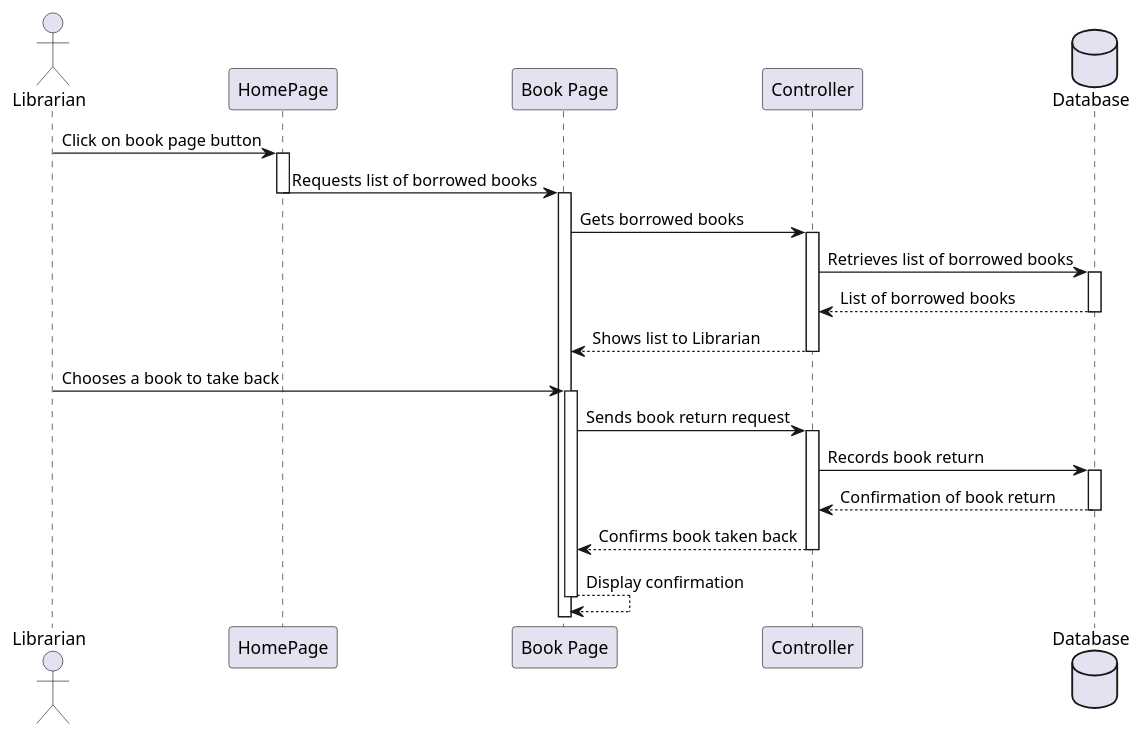
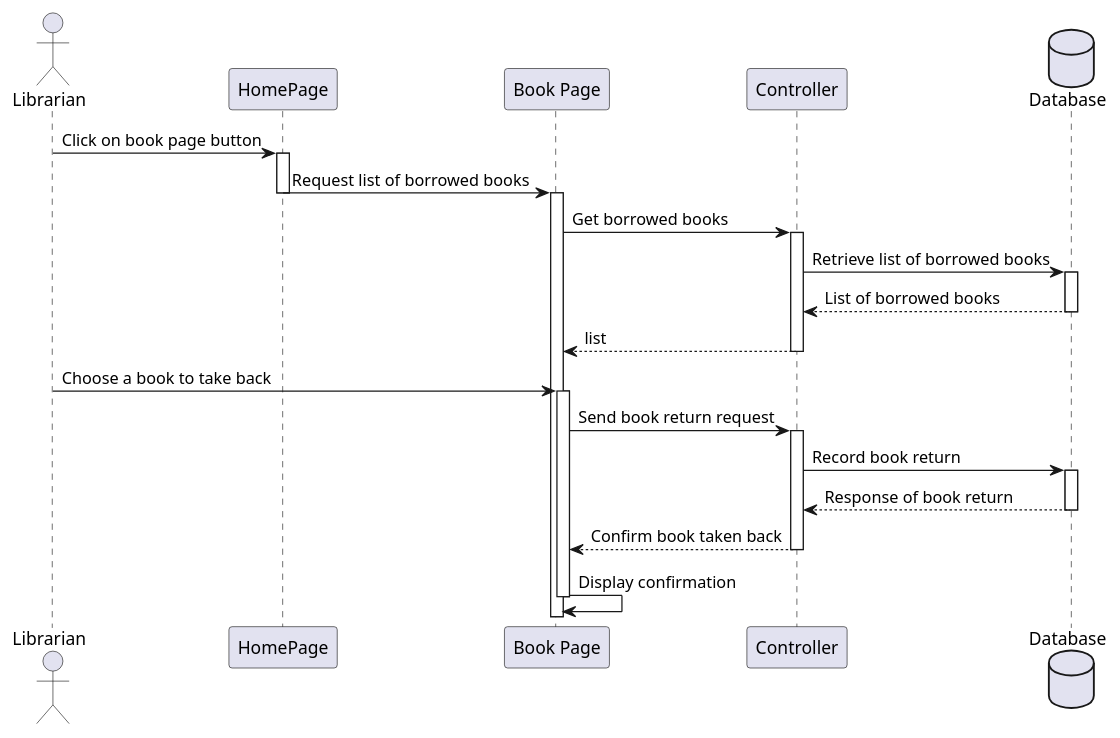
The diagram in docs/umlDiagrams/Sequence Diagrams/TakeBackBook.puml (bartucank/mlm), drawn with PlantUML before and after one commit. The commit also changed 35 other files, not shown here.

Commit message:
Room Services + UML Diagrams

```diff
--- a/docs/umlDiagrams/Sequence Diagrams/TakeBackBook.puml
+++ b/docs/umlDiagrams/Sequence Diagrams/TakeBackBook.puml
@@ -1,41 +1,41 @@
 @startuml
 actor "Librarian" as Librarian
 participant "HomePage" as Home
 participant "Book Page" as Page
 participant "Controller" as Controller
 database "Database" as LendingDB
 
 Librarian -> Home: Click on book page button
 activate Home
-Home -> Page: Requests list of borrowed books
+Home -> Page: Request list of borrowed books
 deactivate Home
 activate Page
 
-Page -> Controller: Gets borrowed books
+Page -> Controller: Get borrowed books
 activate Controller
 
-Controller -> LendingDB: Retrieves list of borrowed books
+Controller -> LendingDB: Retrieve list of borrowed books
 activate LendingDB
 LendingDB --> Controller: List of borrowed books
 deactivate LendingDB
 
-Controller --> Page: Shows list to Librarian
+Controller --> Page:  list 
 deactivate Controller
 
-Librarian -> Page: Chooses a book to take back
+Librarian -> Page: Choose a book to take back
 activate Page
 
-Page -> Controller: Sends book return request
+Page -> Controller: Send book return request
 activate Controller
 
-Controller -> LendingDB: Records book return
+Controller -> LendingDB: Record book return
 activate LendingDB
-LendingDB --> Controller: Confirmation of book return
+LendingDB --> Controller: Response of book return
 deactivate LendingDB
 
-Controller --> Page: Confirms book taken back
+Controller --> Page: Confirm book taken back
 deactivate Controller
 
-Page --> Page: Display confirmation
+Page -> Page: Display confirmation
 deactivate Page
 @enduml
```
